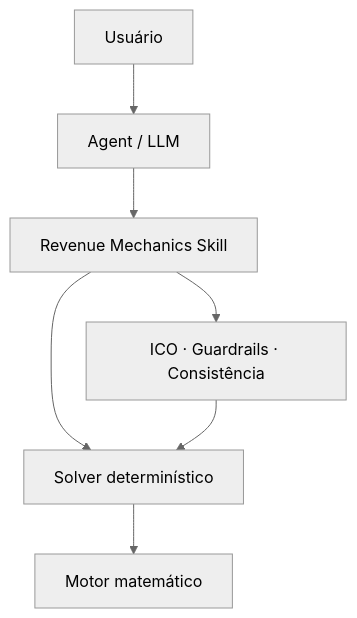
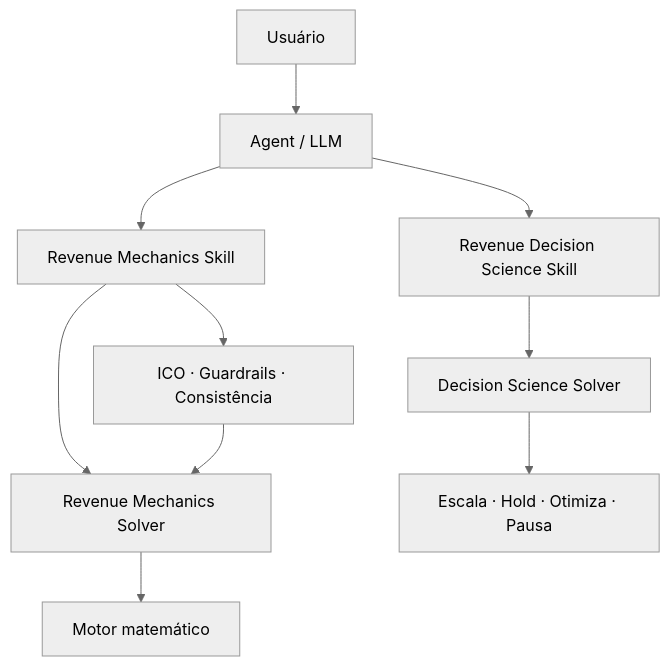
One commit to paulobonfa/revenue-agentic changed the diagram in README.md. Above: the diagram before and after it, drawn with Mermaid (neutral theme). The commit also changed other lines of this file, not shown here.

Commit message:
docs: document Revenue Decision Science workflow

````diff
--- a/README.md
+++ b/README.md
@@ -62,9 +63,12 @@
 ```mermaid
 flowchart TB
     U["Usuário"] --> A["Agent / LLM"]
-    A --> S["Revenue Mechanics Skill"]
-    S --> V["Solver determinístico"]
-    S --> G["ICO · Guardrails · Consistência"]
-    G --> V
-    V --> E["Motor matemático"]
+    A --> RM["Revenue Mechanics Skill"]
+    A --> DS["Revenue Decision Science Skill"]
+    RM --> RV["Revenue Mechanics Solver"]
+    DS --> DV["Decision Science Solver"]
+    RM --> G["ICO · Guardrails · Consistência"]
+    G --> RV
+    RV --> E["Motor matemático"]
+    DV --> D["Escala · Hold · Otimiza · Pausa"]
 ```
````
